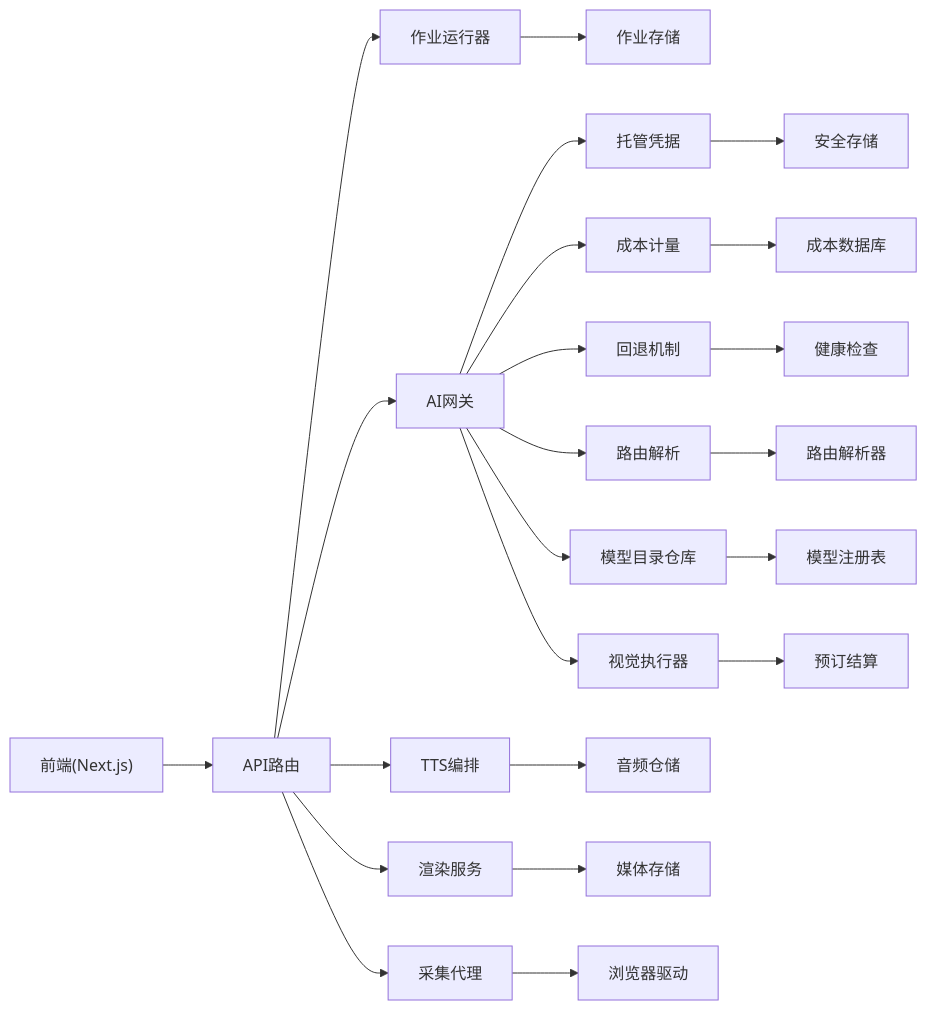
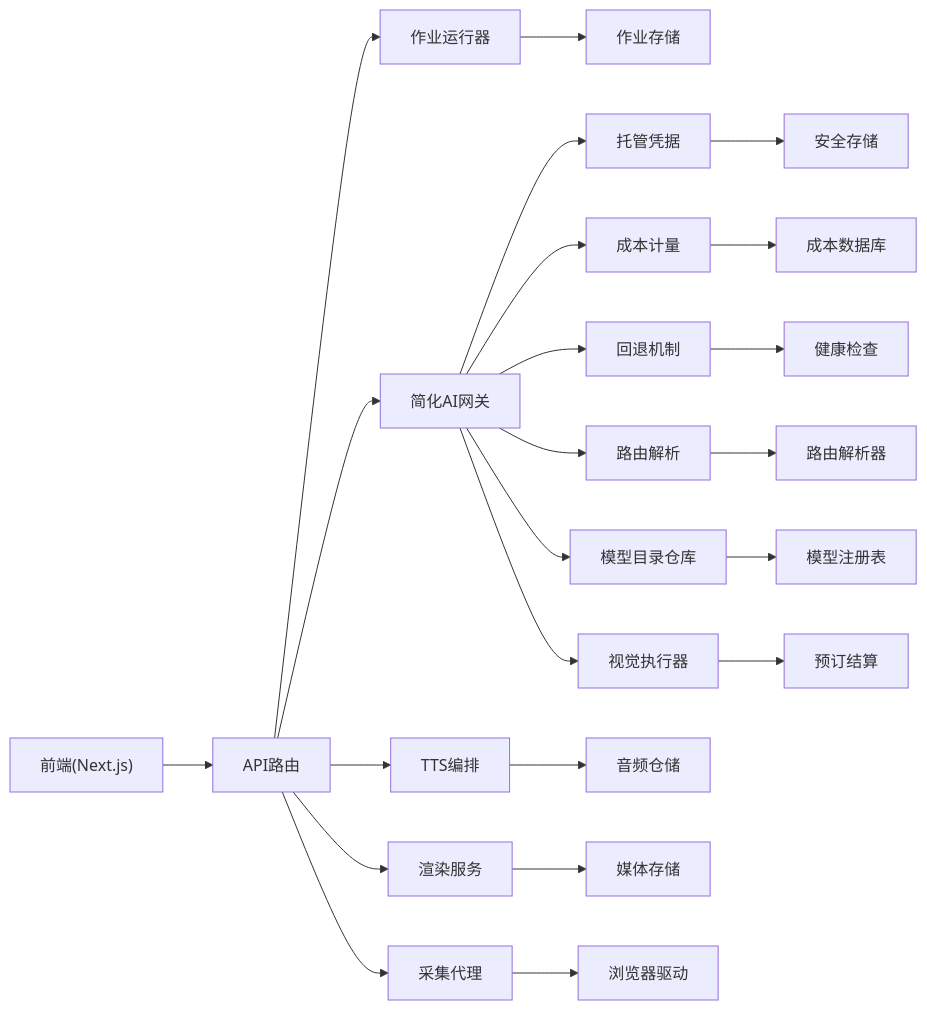
Before and after one commit to scottcwy/PurpleInk: diagram 15 of 15 in .qoder/repowiki/zh/content/AI系统集成/AI托管服务架构.md, drawn with Mermaid. The commit also changed other lines of this file and 23 other files, not shown here.

````diff
--- a/.qoder/repowiki/zh/content/AI系统集成/AI托管服务架构.md
+++ b/.qoder/repowiki/zh/content/AI系统集成/AI托管服务架构.md
@@ -750,25 +752,25 @@
 ```mermaid
 graph LR
 FE["前端(Next.js)"] --> API["API路由"]
 API --> JR["作业运行器"]
-API --> AI["AI网关"]
+API --> AI["简化AI网关"]
 API --> TTS["TTS编排"]
 API --> RND["渲染服务"]
 API --> CAP["采集代理"]
 JR --> STORE["作业存储"]
 AI --> CRED["托管凭据"]
 AI --> METER["成本计量"]
 AI --> FALLBACK["回退机制"]
 AI --> ROUTE["路由解析"]
 AI --> CATALOG["模型目录仓库"]
 AI --> VISION["视觉执行器"]
 TTS --> AUDIO["音频仓储"]
 RND --> MEDIA["媒体存储"]
 CAP --> BROWSER["浏览器驱动"]
 CRED --> SECURE["安全存储"]
 METER --> COSTDB["成本数据库"]
 FALLBACK --> HEALTH["健康检查"]
 ROUTE --> RESOLVER["路由解析器"]
 CATALOG --> REGISTRY["模型注册表"]
 VISION --> SETTLEMENT["预订结算"]
 ```
````
